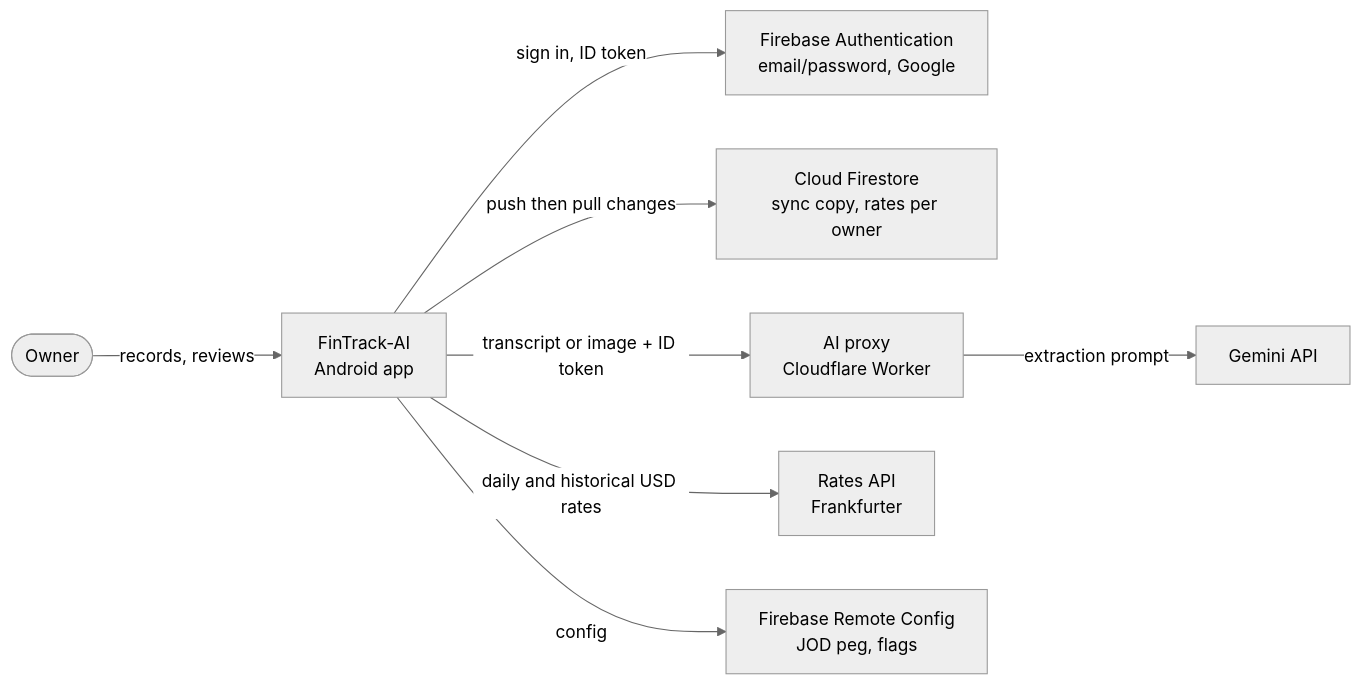
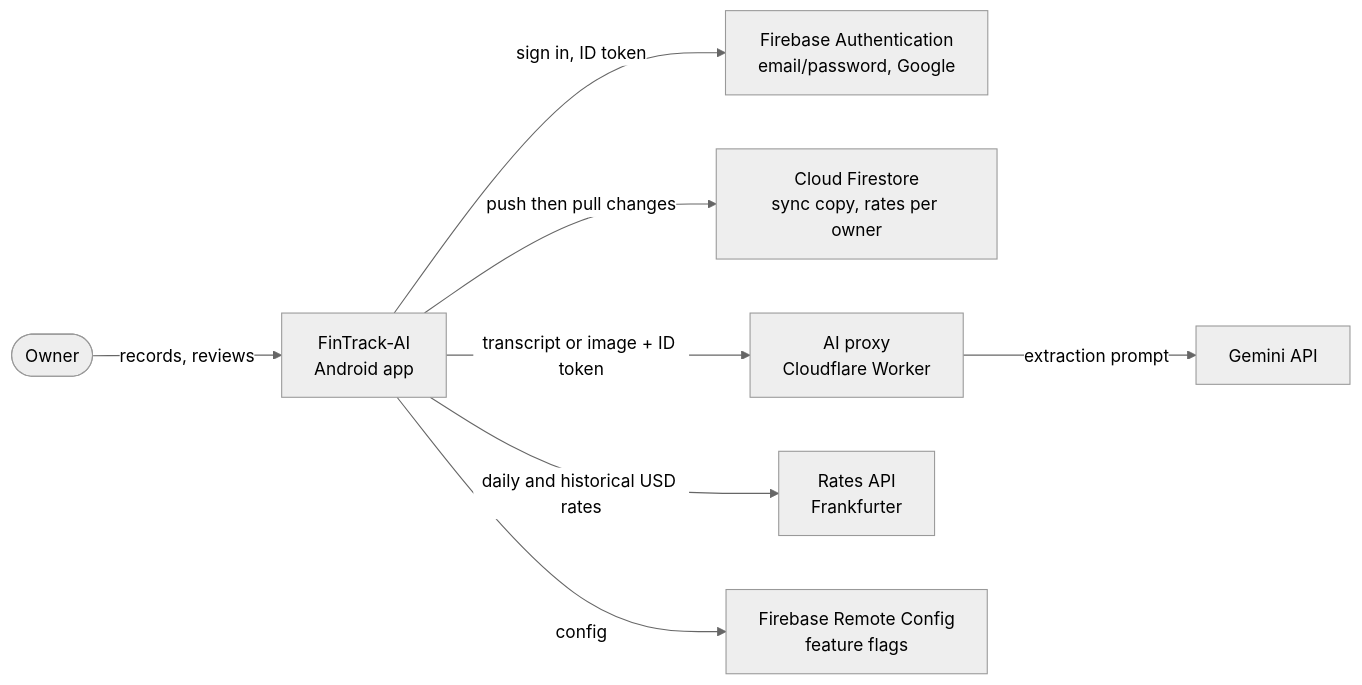
The first of 3 diagrams in docs/04-architecture.md (FadiAbdAlJawwad/FinTrack-AI), drawn with Mermaid (neutral theme) before and after one commit. The commit also changed other lines of this file and 17 other files, not shown here.

````diff
--- a/docs/04-architecture.md
+++ b/docs/04-architecture.md
@@ -23,19 +23,19 @@
 ```mermaid
 flowchart LR
     owner([Owner])
     app["FinTrack-AI<br/>Android app"]
     auth["Firebase Authentication<br/>email/password, Google"]
     fs["Cloud Firestore<br/>sync copy, rates per owner"]
     proxy["AI proxy<br/>Cloudflare Worker"]
     llm["Gemini API"]
     rates["Rates API<br/>Frankfurter"]
-    rc["Firebase Remote Config<br/>JOD peg, flags"]
+    rc["Firebase Remote Config<br/>feature flags"]
 
     owner -->|records, reviews| app
     app -->|sign in, ID token| auth
     app -->|push then pull changes| fs
     app -->|transcript or image + ID token| proxy
     proxy -->|extraction prompt| llm
     app -->|daily and historical USD rates| rates
     app -->|config| rc
 ```
````
